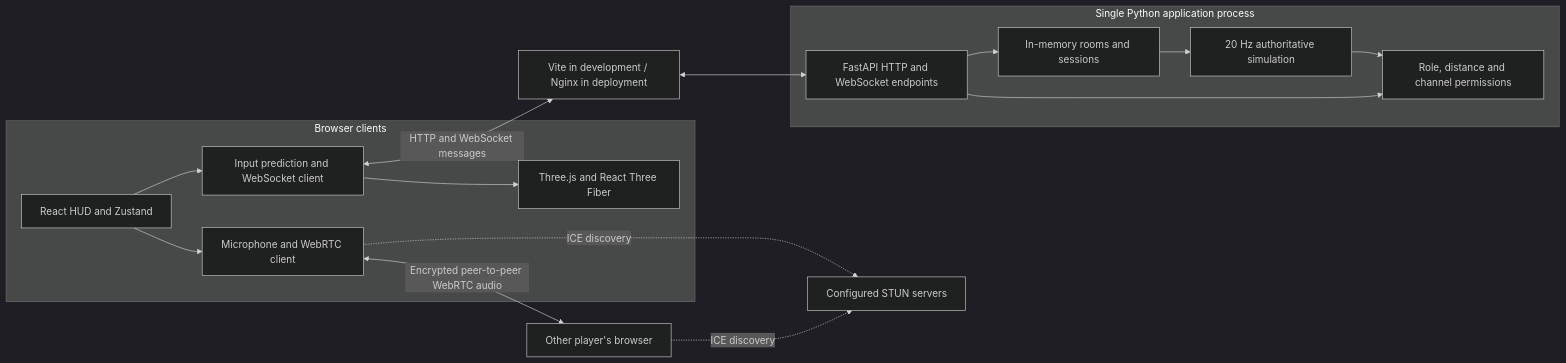
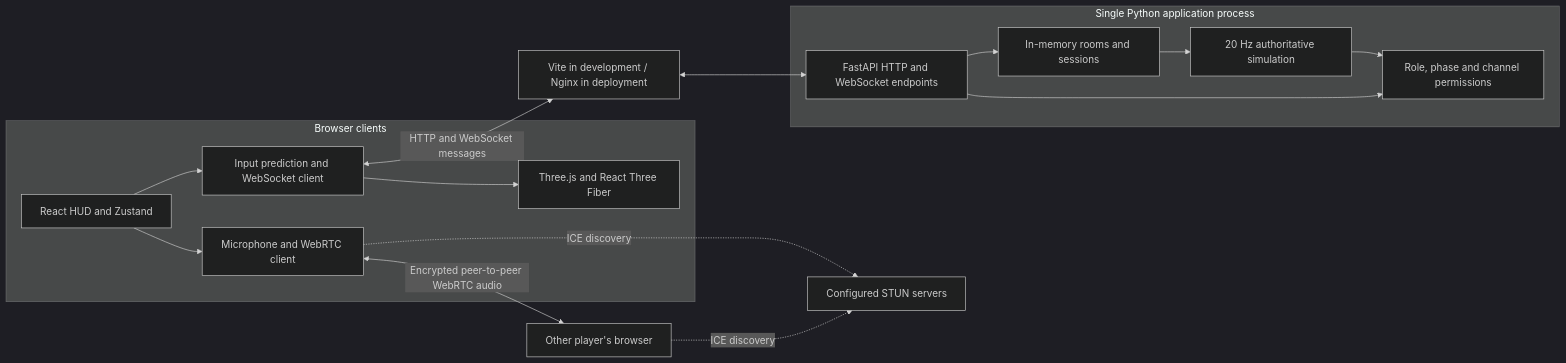
Before and after one commit to aritraCodez/Whosus: the first of 3 diagrams in README.md, drawn with Mermaid (dark theme). The commit also changed other lines of this file and 7 other files, not shown here.

````diff
--- a/README.md
+++ b/README.md
@@ -164,30 +164,30 @@
 ```mermaid
 flowchart LR
     subgraph Clients[Browser clients]
         UI[React HUD and Zustand]
         Scene[Three.js and React Three Fiber]
         Net[Input prediction and WebSocket client]
         Voice[Microphone and WebRTC client]
         UI --> Net
         Net --> Scene
         UI --> Voice
     end
     Proxy[Vite in development / Nginx in deployment]
     subgraph Authority[Single Python application process]
         API[FastAPI HTTP and WebSocket endpoints]
         Rooms[In-memory rooms and sessions]
         Rules[20 Hz authoritative simulation]
-        Policy[Role, distance and channel permissions]
+        Policy[Role, phase and channel permissions]
         API --> Rooms
         Rooms --> Rules
         Rules --> Policy
         API --> Policy
     end
     ICE[Configured STUN servers]
     Net <-->|HTTP and WebSocket messages| Proxy
     Proxy <--> API
     Other[Other player's browser]
     Voice <-->|Encrypted peer-to-peer WebRTC audio| Other
     Voice -. ICE discovery .-> ICE
     Other -. ICE discovery .-> ICE
 ```
````
